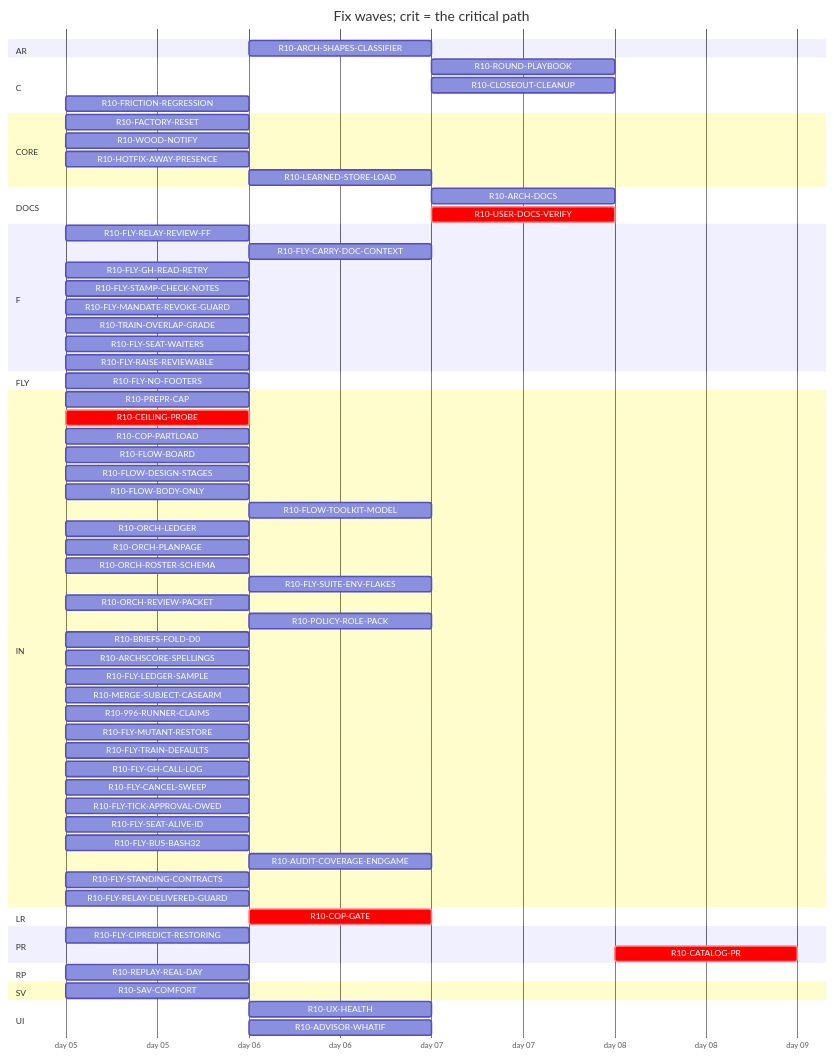
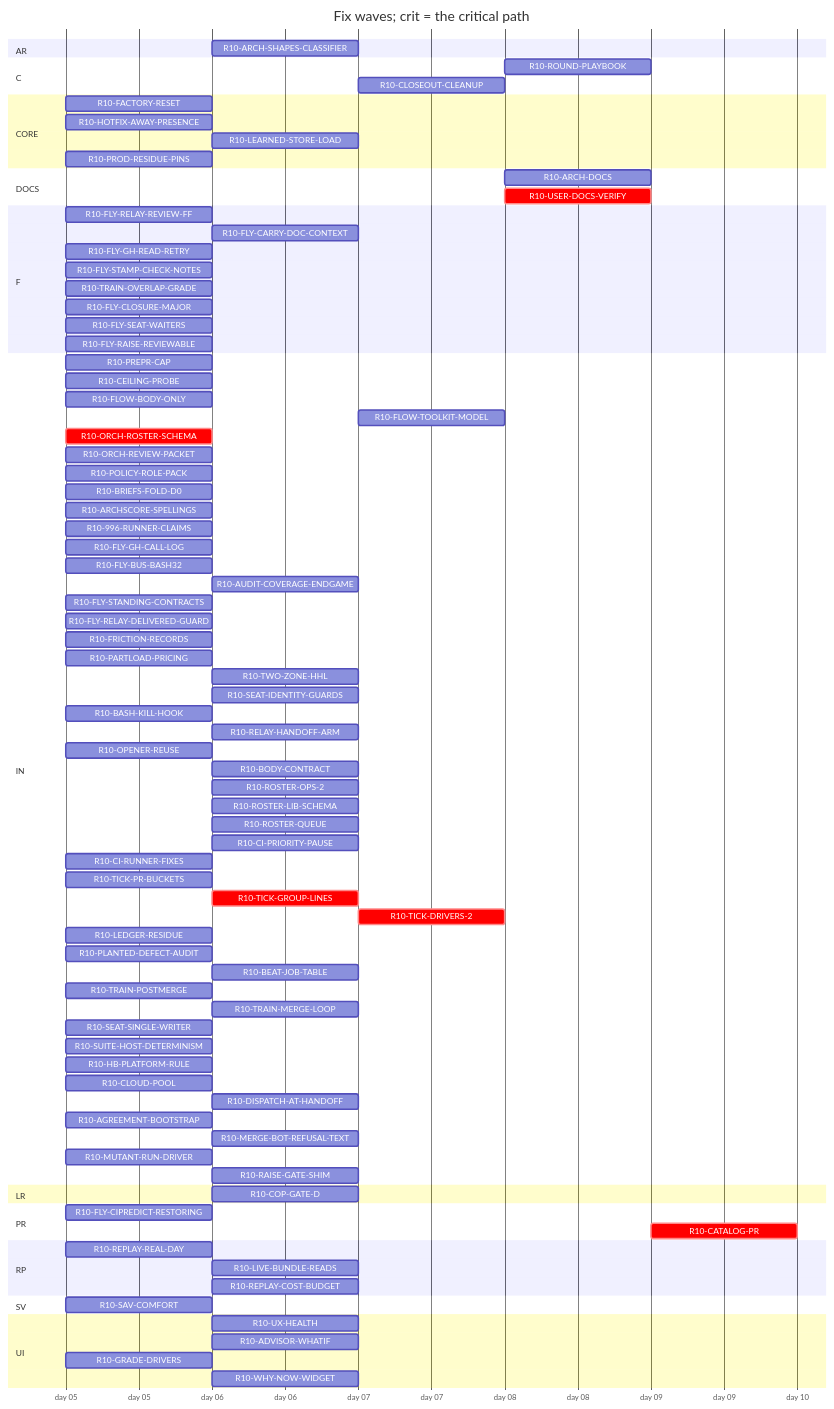
Before and after one commit to tvofi/heatpump_optimizer: the diagram in handoff/round10/state/PLAN-TABLE.md, drawn with Mermaid. The commit also changed other lines of this file and 3 other files, not shown here.

Commit message:
state: FLOW-BOARD.md, NEXT-SESSION-PROMPT.md, PLAN-TABLE.md, RESUME-CURRENT.md regenerated (state_docs.py)

````diff
--- a/handoff/round10/state/PLAN-TABLE.md
+++ b/handoff/round10/state/PLAN-TABLE.md
@@ -30,67 +29,85 @@
   section AR
     R10-ARCH-SHAPES-CLASSIFIER :r10ARCHSHAPESCLASSIFIER, after r10996RUNNERCLAIMS, 1d
   section C
-    R10-ROUND-PLAYBOOK :r10ROUNDPLAYBOOK, after r10ORCHLEDGER r10ORCHPLANPAGE r10FLYRELAYREVIEWFF r10FLOWBODYONLY r10AUDITCOVERAGEENDGAME r10FLOWDESIGNSTAGES r10ORCHROSTERSCHEMA r10FLOWTOOLKITMODEL r10TRAINOVERLAPGRADE r10FLYTRAINDEFAULTS r10FLYCANCELSWEEP r10POLICYROLEPACK r10ORCHREVIEWPACKET r10FLOWBOARD, 1d
+    R10-ROUND-PLAYBOOK :r10ROUNDPLAYBOOK, after r10FLYRELAYREVIEWFF r10FLOWBODYONLY r10AUDITCOVERAGEENDGAME r10ORCHROSTERSCHEMA r10FLOWTOOLKITMODEL r10TRAINOVERLAPGRADE r10POLICYROLEPACK r10ORCHREVIEWPACKET r10FRICTIONRECORDS r10COPGATED r10GRADEDRIVERS r10PARTLOADPRICING r10TWOZONEHHL r10SEATIDENTITYGUARDS r10BASHKILLHOOK r10RELAYHANDOFFARM r10OPENERREUSE r10BODYCONTRACT r10ROSTEROPS2 r10ROSTERLIBSCHEMA r10ROSTERQUEUE r10CIPRIORITYPAUSE r10CIRUNNERFIXES r10TICKPRBUCKETS r10TICKGROUPLINES r10TICKDRIVERS2 r10LEDGERRESIDUE r10PLANTEDDEFECTAUDIT r10BEATJOBTABLE r10TRAINPOSTMERGE r10TRAINMERGELOOP r10SEATSINGLEWRITER r10SUITEHOSTDETERMINISM r10HBPLATFORMRULE r10CLOUDPOOL r10DISPATCHATHANDOFF r10AGREEMENTBOOTSTRAP r10MERGEBOTREFUSALTEXT r10MUTANTRUNDRIVER r10RAISEGATESHIM r10LIVEBUNDLEREADS r10REPLAYCOSTBUDGET, 1d
     R10-CLOSEOUT-CLEANUP :r10CLOSEOUTCLEANUP, after r10AUDITCOVERAGEENDGAME, 1d
-    R10-FRICTION-REGRESSION :r10FRICTIONREGRESSION, 2026-01-05, 1d
   section CORE
     R10-FACTORY-RESET :r10FACTORYRESET, 2026-01-05, 1d
-    R10-WOOD-NOTIFY :r10WOODNOTIFY, 2026-01-05, 1d
     R10-HOTFIX-AWAY-PRESENCE :r10HOTFIXAWAYPRESENCE, 2026-01-05, 1d
     R10-LEARNED-STORE-LOAD :r10LEARNEDSTORELOAD, after r10FACTORYRESET, 1d
+    R10-PROD-RESIDUE-PINS :r10PRODRESIDUEPINS, 2026-01-05, 1d
   section DOCS
-    R10-ARCH-DOCS :r10ARCHDOCS, after r10COPGATE r10UXHEALTH r10SAVCOMFORT r10CEILINGPROBE r10COPPARTLOAD r10FLOWBOARD r10FLOWDESIGNSTAGES r10FLOWBODYONLY r10FLYRELAYREVIEWFF r10FLYCARRYDOCCONTEXT r10FLOWTOOLKITMODEL r10FLYSTAMPCHECKNOTES r10FLYMANDATEREVOKEGUARD r10TRAINOVERLAPGRADE r10FLYSUITEENVFLAKES r10ORCHLEDGER r10ORCHPLANPAGE r10ORCHROSTERSCHEMA r10ORCHREVIEWPACKET r10POLICYROLEPACK r10BRIEFSFOLDD0 r10REPLAYREALDAY r10ARCHSCORESPELLINGS r10FLYLEDGERSAMPLE, 1d
-    R10-USER-DOCS-VERIFY :crit, r10USERDOCSVERIFY, after r10COPGATE r10UXHEALTH r10SAVCOMFORT r10CEILINGPROBE r10COPPARTLOAD r10FACTORYRESET r10WOODNOTIFY r10ARCHSHAPESCLASSIFIER r10HOTFIXAWAYPRESENCE, 1d
+    R10-ARCH-DOCS :r10ARCHDOCS, after r10UXHEALTH r10SAVCOMFORT r10CEILINGPROBE r10FLOWBODYONLY r10FLYRELAYREVIEWFF r10FLYCARRYDOCCONTEXT r10FLOWTOOLKITMODEL r10FLYSTAMPCHECKNOTES r10TRAINOVERLAPGRADE r10ORCHROSTERSCHEMA r10ORCHREVIEWPACKET r10POLICYROLEPACK r10BRIEFSFOLDD0 r10REPLAYREALDAY r10ARCHSCORESPELLINGS r10FRICTIONRECORDS r10COPGATED r10GRADEDRIVERS r10PARTLOADPRICING r10TWOZONEHHL r10SEATIDENTITYGUARDS r10BASHKILLHOOK r10RELAYHANDOFFARM r10OPENERREUSE r10BODYCONTRACT r10ROSTEROPS2 r10ROSTERLIBSCHEMA r10ROSTERQUEUE r10CIPRIORITYPAUSE r10CIRUNNERFIXES r10TICKPRBUCKETS r10TICKGROUPLINES r10TICKDRIVERS2 r10LEDGERRESIDUE r10PLANTEDDEFECTAUDIT r10BEATJOBTABLE r10TRAINPOSTMERGE r10TRAINMERGELOOP r10SEATSINGLEWRITER r10SUITEHOSTDETERMINISM r10HBPLATFORMRULE r10CLOUDPOOL r10DISPATCHATHANDOFF r10AGREEMENTBOOTSTRAP r10MERGEBOTREFUSALTEXT r10MUTANTRUNDRIVER r10RAISEGATESHIM r10LIVEBUNDLEREADS r10REPLAYCOSTBUDGET, 1d
+    R10-USER-DOCS-VERIFY :crit, r10USERDOCSVERIFY, after r10UXHEALTH r10SAVCOMFORT r10CEILINGPROBE r10FACTORYRESET r10ARCHSHAPESCLASSIFIER r10HOTFIXAWAYPRESENCE r10FRICTIONRECORDS r10COPGATED r10GRADEDRIVERS r10PARTLOADPRICING r10TWOZONEHHL r10SEATIDENTITYGUARDS r10BASHKILLHOOK r10RELAYHANDOFFARM r10OPENERREUSE r10BODYCONTRACT r10ROSTEROPS2 r10ROSTERLIBSCHEMA r10ROSTERQUEUE r10CIPRIORITYPAUSE r10CIRUNNERFIXES r10TICKPRBUCKETS r10TICKGROUPLINES r10TICKDRIVERS2 r10LEDGERRESIDUE r10PLANTEDDEFECTAUDIT r10BEATJOBTABLE r10TRAINPOSTMERGE r10TRAINMERGELOOP r10SEATSINGLEWRITER r10SUITEHOSTDETERMINISM r10HBPLATFORMRULE r10CLOUDPOOL r10DISPATCHATHANDOFF r10AGREEMENTBOOTSTRAP r10MERGEBOTREFUSALTEXT r10MUTANTRUNDRIVER r10RAISEGATESHIM r10LIVEBUNDLEREADS r10REPLAYCOSTBUDGET, 1d
   section F
     R10-FLY-RELAY-REVIEW-FF :r10FLYRELAYREVIEWFF, 2026-01-05, 1d
     R10-FLY-CARRY-DOC-CONTEXT :r10FLYCARRYDOCCONTEXT, after r10FLYGHREADRETRY, 1d
     R10-FLY-GH-READ-RETRY :r10FLYGHREADRETRY, 2026-01-05, 1d
     R10-FLY-STAMP-CHECK-NOTES :r10FLYSTAMPCHECKNOTES, 2026-01-05, 1d
-    R10-FLY-MANDATE-REVOKE-GUARD :r10FLYMANDATEREVOKEGUARD, 2026-01-05, 1d
     R10-TRAIN-OVERLAP-GRADE :r10TRAINOVERLAPGRADE, 2026-01-05, 1d
+    R10-FLY-CLOSURE-MAJOR :r10FLYCLOSUREMAJOR, 2026-01-05, 1d
     R10-FLY-SEAT-WAITERS :r10FLYSEATWAITERS, 2026-01-05, 1d
     R10-FLY-RAISE-REVIEWABLE :r10FLYRAISEREVIEWABLE, 2026-01-05, 1d
-  section FLY
-    R10-FLY-NO-FOOTERS :r10FLYNOFOOTERS, 2026-01-05, 1d
   section IN
     R10-PREPR-CAP :r10PREPRCAP, 2026-01-05, 1d
-    R10-CEILING-PROBE :crit, r10CEILINGPROBE, 2026-01-05, 1d
-    R10-COP-PARTLOAD :r10COPPARTLOAD, 2026-01-05, 1d
-    R10-FLOW-BOARD :r10FLOWBOARD, 2026-01-05, 1d
-    R10-FLOW-DESIGN-STAGES :r10FLOWDESIGNSTAGES, 2026-01-05, 1d
+    R10-CEILING-PROBE :r10CEILINGPROBE, 2026-01-05, 1d
     R10-FLOW-BODY-ONLY :r10FLOWBODYONLY, 2026-01-05, 1d
-    R10-FLOW-TOOLKIT-MODEL :r10FLOWTOOLKITMODEL, after r10ORCHPLANPAGE r10FLYCANCELSWEEP, 1d
-    R10-ORCH-LEDGER :r10ORCHLEDGER, 2026-01-05, 1d
-    R10-ORCH-PLANPAGE :r10ORCHPLANPAGE, 2026-01-05, 1d
-    R10-ORCH-ROSTER-SCHEMA :r10ORCHROSTERSCHEMA, 2026-01-05, 1d
-    R10-FLY-SUITE-ENV-FLAKES :r10FLYSUITEENVFLAKES, after r10SAVCOMFORT, 1d
+    R10-FLOW-TOOLKIT-MODEL :r10FLOWTOOLKITMODEL, after r10CIPRIORITYPAUSE, 1d
+    R10-ORCH-ROSTER-SCHEMA :crit, r10ORCHROSTERSCHEMA, 2026-01-05, 1d
     R10-ORCH-REVIEW-PACKET :r10ORCHREVIEWPACKET, 2026-01-05, 1d
-    R10-POLICY-ROLE-PACK :r10POLICYROLEPACK, after r10FLOWDESIGNSTAGES, 1d
+    R10-POLICY-ROLE-PACK :r10POLICYROLEPACK, 2026-01-05, 1d
     R10-BRIEFS-FOLD-D0 :r10BRIEFSFOLDD0, 2026-01-05, 1d
     R10-ARCHSCORE-SPELLINGS :r10ARCHSCORESPELLINGS, 2026-01-05, 1d
-    R10-FLY-LEDGER-SAMPLE :r10FLYLEDGERSAMPLE, 2026-01-05, 1d
-    R10-MERGE-SUBJECT-CASEARM :r10MERGESUBJECTCASEARM, 2026-01-05, 1d
     R10-996-RUNNER-CLAIMS :r10996RUNNERCLAIMS, 2026-01-05, 1d
-    R10-FLY-MUTANT-RESTORE :r10FLYMUTANTRESTORE, 2026-01-05, 1d
-    R10-FLY-TRAIN-DEFAULTS :r10FLYTRAINDEFAULTS, 2026-01-05, 1d
     R10-FLY-GH-CALL-LOG :r10FLYGHCALLLOG, 2026-01-05, 1d
-    R10-FLY-CANCEL-SWEEP :r10FLYCANCELSWEEP, 2026-01-05, 1d
-    R10-FLY-TICK-APPROVAL-OWED :r10FLYTICKAPPROVALOWED, 2026-01-05, 1d
-    R10-FLY-SEAT-ALIVE-ID :r10FLYSEATALIVEID, 2026-01-05, 1d
     R10-FLY-BUS-BASH32 :r10FLYBUSBASH32, 2026-01-05, 1d
-    R10-AUDIT-COVERAGE-ENDGAME :r10AUDITCOVERAGEENDGAME, after r10FLYMUTANTRESTORE r10996RUNNERCLAIMS, 1d
+    R10-AUDIT-COVERAGE-ENDGAME :r10AUDITCOVERAGEENDGAME, after r10996RUNNERCLAIMS, 1d
     R10-FLY-STANDING-CONTRACTS :r10FLYSTANDINGCONTRACTS, 2026-01-05, 1d
     R10-FLY-RELAY-DELIVERED-GUARD :r10FLYRELAYDELIVEREDGUARD, 2026-01-05, 1d
+    R10-FRICTION-RECORDS :r10FRICTIONRECORDS, 2026-01-05, 1d
+    R10-PARTLOAD-PRICING :r10PARTLOADPRICING, 2026-01-05, 1d
+    R10-TWO-ZONE-HHL :r10TWOZONEHHL, after r10CEILINGPROBE, 1d
+    R10-SEAT-IDENTITY-GUARDS :r10SEATIDENTITYGUARDS, after r10PREPRCAP, 1d
+    R10-BASH-KILL-HOOK :r10BASHKILLHOOK, 2026-01-05, 1d
+    R10-RELAY-HANDOFF-ARM :r10RELAYHANDOFFARM, after r10FLYRELAYREVIEWFF, 1d
+    R10-OPENER-REUSE :r10OPENERREUSE, 2026-01-05, 1d
+    R10-BODY-CONTRACT :r10BODYCONTRACT, after r10FLYRELAYREVIEWFF, 1d
+    R10-ROSTER-OPS-2 :r10ROSTEROPS2, after r10ORCHROSTERSCHEMA, 1d
+    R10-ROSTER-LIB-SCHEMA :r10ROSTERLIBSCHEMA, after r10ORCHROSTERSCHEMA, 1d
+    R10-ROSTER-QUEUE :r10ROSTERQUEUE, after r10ORCHROSTERSCHEMA, 1d
+    R10-CI-PRIORITY-PAUSE :r10CIPRIORITYPAUSE, after r10ORCHROSTERSCHEMA, 1d
+    R10-CI-RUNNER-FIXES :r10CIRUNNERFIXES, 2026-01-05, 1d
+    R10-TICK-PR-BUCKETS :r10TICKPRBUCKETS, 2026-01-05, 1d
+    R10-TICK-GROUP-LINES :crit, r10TICKGROUPLINES, after r10ORCHROSTERSCHEMA, 1d
+    R10-TICK-DRIVERS-2 :crit, r10TICKDRIVERS2, after r10TICKGROUPLINES, 1d
+    R10-LEDGER-RESIDUE :r10LEDGERRESIDUE, 2026-01-05, 1d
+    R10-PLANTED-DEFECT-AUDIT :r10PLANTEDDEFECTAUDIT, 2026-01-05, 1d
+    R10-BEAT-JOB-TABLE :r10BEATJOBTABLE, after r10FLYSTANDINGCONTRACTS, 1d
+    R10-TRAIN-POSTMERGE :r10TRAINPOSTMERGE, 2026-01-05, 1d
+    R10-TRAIN-MERGE-LOOP :r10TRAINMERGELOOP, after r10TRAINPOSTMERGE, 1d
+    R10-SEAT-SINGLE-WRITER :r10SEATSINGLEWRITER, 2026-01-05, 1d
+    R10-SUITE-HOST-DETERMINISM :r10SUITEHOSTDETERMINISM, 2026-01-05, 1d
+    R10-HB-PLATFORM-RULE :r10HBPLATFORMRULE, 2026-01-05, 1d
+    R10-CLOUD-POOL :r10CLOUDPOOL, 2026-01-05, 1d
+    R10-DISPATCH-AT-HANDOFF :r10DISPATCHATHANDOFF, after r10ORCHREVIEWPACKET, 1d
+    R10-AGREEMENT-BOOTSTRAP :r10AGREEMENTBOOTSTRAP, 2026-01-05, 1d
+    R10-MERGE-BOT-REFUSAL-TEXT :r10MERGEBOTREFUSALTEXT, after r10996RUNNERCLAIMS, 1d
+    R10-MUTANT-RUN-DRIVER :r10MUTANTRUNDRIVER, 2026-01-05, 1d
+    R10-RAISE-GATE-SHIM :r10RAISEGATESHIM, after r10FLYGHCALLLOG, 1d
   section LR
-    R10-COP-GATE :crit, r10COPGATE, after r10CEILINGPROBE, 1d
+    R10-COP-GATE-D :r10COPGATED, after r10CEILINGPROBE, 1d
   section PR
     R10-FLY-CIPREDICT-RESTORING :r10FLYCIPREDICTRESTORING, 2026-01-05, 1d
     R10-CATALOG-PR :crit, r10CATALOGPR, after r10USERDOCSVERIFY r10AUDITCOVERAGEENDGAME, 1d
   section RP
     R10-REPLAY-REAL-DAY :r10REPLAYREALDAY, 2026-01-05, 1d
+    R10-LIVE-BUNDLE-READS :r10LIVEBUNDLEREADS, after r10REPLAYREALDAY, 1d
+    R10-REPLAY-COST-BUDGET :r10REPLAYCOSTBUDGET, after r10REPLAYREALDAY, 1d
   section SV
     R10-SAV-COMFORT :r10SAVCOMFORT, 2026-01-05, 1d
   section UI
     R10-UX-HEALTH :r10UXHEALTH, after r10SAVCOMFORT, 1d
     R10-ADVISOR-WHATIF :r10ADVISORWHATIF, after r10SAVCOMFORT, 1d
+    R10-GRADE-DRIVERS :r10GRADEDRIVERS, 2026-01-05, 1d
+    R10-WHY-NOW-WIDGET :r10WHYNOWWIDGET, after r10GRADEDRIVERS, 1d
 ```
````
